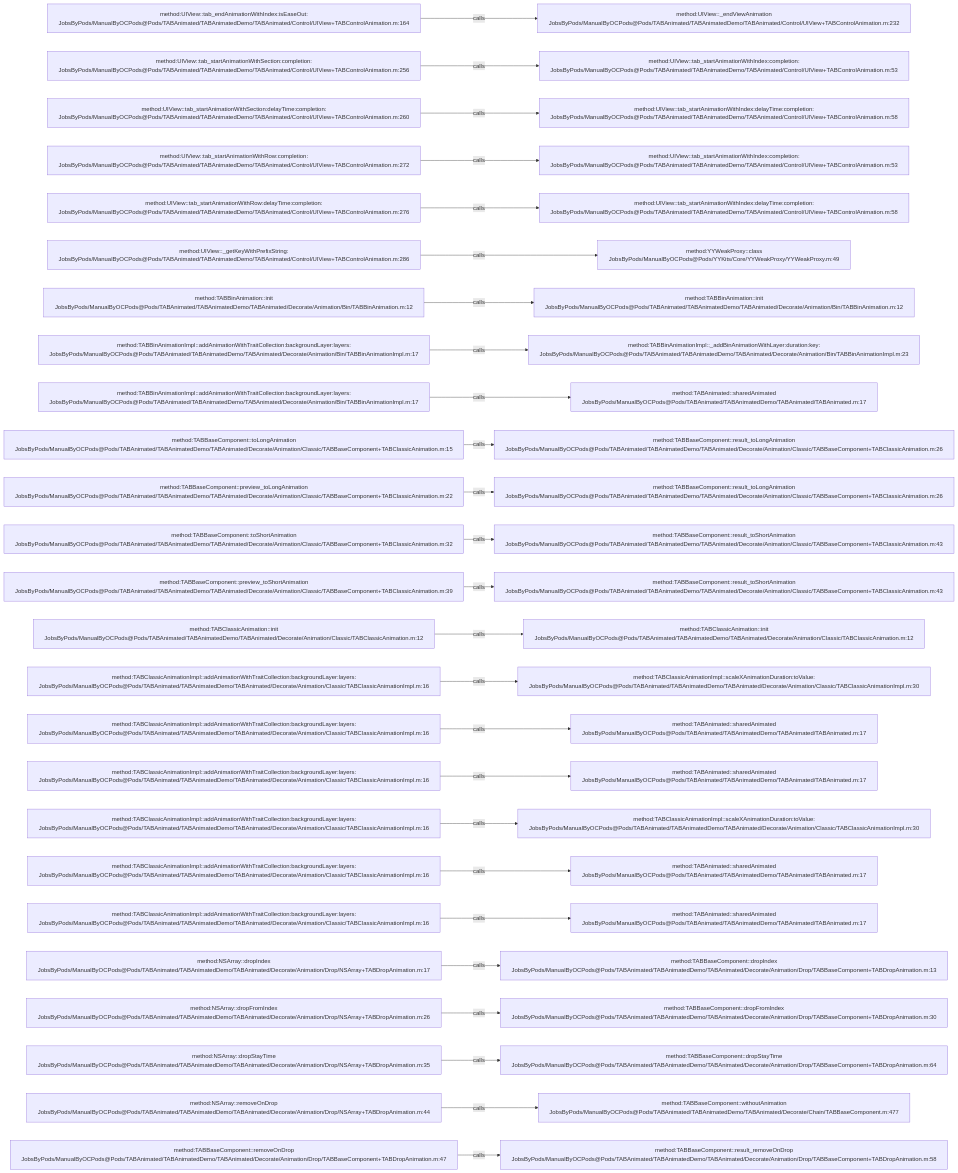
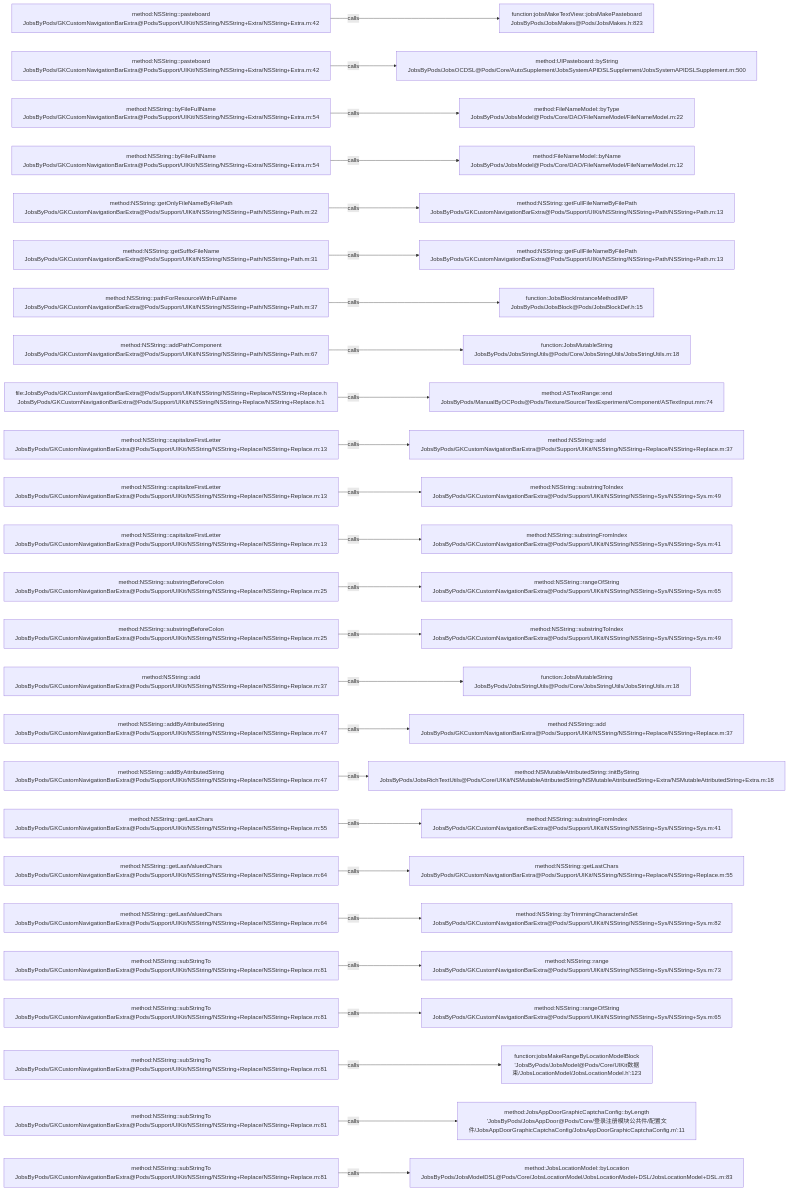
Before and after one commit to JobsKits/JobsOCBaseConfigDemo: the diagram in .codegraph/codegraph.md/graphs/calls-017.md, drawn with Mermaid. The commit also changed 768 other files, not shown here.

````diff
--- a/.codegraph/codegraph.md/graphs/calls-017.md
+++ b/.codegraph/codegraph.md/graphs/calls-017.md
@@ -13,78 +13,78 @@
 ```mermaid
 flowchart LR
-  S1["method:UIView::tab_endAnimationWithIndex:isEaseOut:<br/>JobsByPods/ManualByOCPods@Pods/TABAnimated/TABAnimatedDemo/TABAnimated/Control/UIView+TABControlAnimation.m:164"]
-  T1["method:UIView::_endViewAnimation<br/>JobsByPods/ManualByOCPods@Pods/TABAnimated/TABAnimatedDemo/TABAnimated/Control/UIView+TABControlAnimation.m:232"]
+  S1["method:NSString::pasteboard<br/>JobsByPods/GKCustomNavigationBarExtra@Pods/Support/UIKit/NSString/NSString+Extra/NSString+Extra.m:42"]
+  T1["function:jobsMakeTextView::jobsMakePasteboard<br/>JobsByPods/JobsMakes@Pods/JobsMakes.h:823"]
   S1 -->|calls| T1
-  S2["method:UIView::tab_startAnimationWithSection:completion:<br/>JobsByPods/ManualByOCPods@Pods/TABAnimated/TABAnimatedDemo/TABAnimated/Control/UIView+TABControlAnimation.m:256"]
-  T2["method:UIView::tab_startAnimationWithIndex:completion:<br/>JobsByPods/ManualByOCPods@Pods/TABAnimated/TABAnimatedDemo/TABAnimated/Control/UIView+TABControlAnimation.m:53"]
+  S2["method:NSString::pasteboard<br/>JobsByPods/GKCustomNavigationBarExtra@Pods/Support/UIKit/NSString/NSString+Extra/NSString+Extra.m:42"]
+  T2["method:UIPasteboard::byString<br/>JobsByPods/JobsOCDSL@Pods/Core/AutoSupplement/JobsSystemAPIDSLSupplement/JobsSystemAPIDSLSupplement.m:500"]
   S2 -->|calls| T2
-  S3["method:UIView::tab_startAnimationWithSection:delayTime:completion:<br/>JobsByPods/ManualByOCPods@Pods/TABAnimated/TABAnimatedDemo/TABAnimated/Control/UIView+TABControlAnimation.m:260"]
-  T3["method:UIView::tab_startAnimationWithIndex:delayTime:completion:<br/>JobsByPods/ManualByOCPods@Pods/TABAnimated/TABAnimatedDemo/TABAnimated/Control/UIView+TABControlAnimation.m:58"]
+  S3["method:NSString::byFileFullName<br/>JobsByPods/GKCustomNavigationBarExtra@Pods/Support/UIKit/NSString/NSString+Extra/NSString+Extra.m:54"]
+  T3["method:FileNameModel::byType<br/>JobsByPods/JobsModel@Pods/Core/DAO/FileNameModel/FileNameModel.m:22"]
   S3 -->|calls| T3
-  S4["method:UIView::tab_startAnimationWithRow:completion:<br/>JobsByPods/ManualByOCPods@Pods/TABAnimated/TABAnimatedDemo/TABAnimated/Control/UIView+TABControlAnimation.m:272"]
-  T4["method:UIView::tab_startAnimationWithIndex:completion:<br/>JobsByPods/ManualByOCPods@Pods/TABAnimated/TABAnimatedDemo/TABAnimated/Control/UIView+TABControlAnimation.m:53"]
+  S4["method:NSString::byFileFullName<br/>JobsByPods/GKCustomNavigationBarExtra@Pods/Support/UIKit/NSString/NSString+Extra/NSString+Extra.m:54"]
+  T4["method:FileNameModel::byName<br/>JobsByPods/JobsModel@Pods/Core/DAO/FileNameModel/FileNameModel.m:12"]
   S4 -->|calls| T4
-  S5["method:UIView::tab_startAnimationWithRow:delayTime:completion:<br/>JobsByPods/ManualByOCPods@Pods/TABAnimated/TABAnimatedDemo/TABAnimated/Control/UIView+TABControlAnimation.m:276"]
-  T5["method:UIView::tab_startAnimationWithIndex:delayTime:completion:<br/>JobsByPods/ManualByOCPods@Pods/TABAnimated/TABAnimatedDemo/TABAnimated/Control/UIView+TABControlAnimation.m:58"]
+  S5["method:NSString::getOnlyFileNameByFilePath<br/>JobsByPods/GKCustomNavigationBarExtra@Pods/Support/UIKit/NSString/NSString+Path/NSString+Path.m:22"]
+  T5["method:NSString::getFullFileNameByFilePath<br/>JobsByPods/GKCustomNavigationBarExtra@Pods/Support/UIKit/NSString/NSString+Path/NSString+Path.m:13"]
   S5 -->|calls| T5
-  S6["method:UIView::_getKeyWithPrefixString:<br/>JobsByPods/ManualByOCPods@Pods/TABAnimated/TABAnimatedDemo/TABAnimated/Control/UIView+TABControlAnimation.m:286"]
-  T6["method:YYWeakProxy::class<br/>JobsByPods/ManualByOCPods@Pods/YYKits/Core/YYWeakProxy/YYWeakProxy.m:49"]
+  S6["method:NSString::getSuffixFileName<br/>JobsByPods/GKCustomNavigationBarExtra@Pods/Support/UIKit/NSString/NSString+Path/NSString+Path.m:31"]
+  T6["method:NSString::getFullFileNameByFilePath<br/>JobsByPods/GKCustomNavigationBarExtra@Pods/Support/UIKit/NSString/NSString+Path/NSString+Path.m:13"]
   S6 -->|calls| T6
-  S7["method:TABBinAnimation::init<br/>JobsByPods/ManualByOCPods@Pods/TABAnimated/TABAnimatedDemo/TABAnimated/Decorate/Animation/Bin/TABBinAnimation.m:12"]
-  T7["method:TABBinAnimation::init<br/>JobsByPods/ManualByOCPods@Pods/TABAnimated/TABAnimatedDemo/TABAnimated/Decorate/Animation/Bin/TABBinAnimation.m:12"]
+  S7["method:NSString::pathForResourceWithFullName<br/>JobsByPods/GKCustomNavigationBarExtra@Pods/Support/UIKit/NSString/NSString+Path/NSString+Path.m:37"]
+  T7["function:JobsBlockInstanceMethodIMP<br/>JobsByPods/JobsBlock@Pods/JobsBlockDef.h:15"]
   S7 -->|calls| T7
-  S8["method:TABBinAnimationImpl::addAnimationWithTraitCollection:backgroundLayer:layers:<br/>JobsByPods/ManualByOCPods@Pods/TABAnimated/TABAnimatedDemo/TABAnimated/Decorate/Animation/Bin/TABBinAnimationImpl.m:17"]
-  T8["method:TABBinAnimationImpl::_addBinAnimationWithLayer:duration:key:<br/>JobsByPods/ManualByOCPods@Pods/TABAnimated/TABAnimatedDemo/TABAnimated/Decorate/Animation/Bin/TABBinAnimationImpl.m:23"]
+  S8["method:NSString::addPathComponent<br/>JobsByPods/GKCustomNavigationBarExtra@Pods/Support/UIKit/NSString/NSString+Path/NSString+Path.m:67"]
+  T8["function:JobsMutableString<br/>JobsByPods/JobsStringUtils@Pods/Core/JobsStringUtils/JobsStringUtils.m:18"]
   S8 -->|calls| T8
-  S9["method:TABBinAnimationImpl::addAnimationWithTraitCollection:backgroundLayer:layers:<br/>JobsByPods/ManualByOCPods@Pods/TABAnimated/TABAnimatedDemo/TABAnimated/Decorate/Animation/Bin/TABBinAnimationImpl.m:17"]
-  T9["method:TABAnimated::sharedAnimated<br/>JobsByPods/ManualByOCPods@Pods/TABAnimated/TABAnimatedDemo/TABAnimated/TABAnimated.m:17"]
+  S9["file:JobsByPods/GKCustomNavigationBarExtra@Pods/Support/UIKit/NSString/NSString+Replace/NSString+Replace.h<br/>JobsByPods/GKCustomNavigationBarExtra@Pods/Support/UIKit/NSString/NSString+Replace/NSString+Replace.h:1"]
+  T9["method:ASTextRange::end<br/>JobsByPods/ManualByOCPods@Pods/Texture/Source/TextExperiment/Component/ASTextInput.mm:74"]
   S9 -->|calls| T9
-  S10["method:TABBaseComponent::toLongAnimation<br/>JobsByPods/ManualByOCPods@Pods/TABAnimated/TABAnimatedDemo/TABAnimated/Decorate/Animation/Classic/TABBaseComponent+TABClassicAnimation.m:15"]
-  T10["method:TABBaseComponent::result_toLongAnimation<br/>JobsByPods/ManualByOCPods@Pods/TABAnimated/TABAnimatedDemo/TABAnimated/Decorate/Animation/Classic/TABBaseComponent+TABClassicAnimation.m:26"]
+  S10["method:NSString::capitalizeFirstLetter<br/>JobsByPods/GKCustomNavigationBarExtra@Pods/Support/UIKit/NSString/NSString+Replace/NSString+Replace.m:13"]
+  T10["method:NSString::add<br/>JobsByPods/GKCustomNavigationBarExtra@Pods/Support/UIKit/NSString/NSString+Replace/NSString+Replace.m:37"]
   S10 -->|calls| T10
-  S11["method:TABBaseComponent::preview_toLongAnimation<br/>JobsByPods/ManualByOCPods@Pods/TABAnimated/TABAnimatedDemo/TABAnimated/Decorate/Animation/Classic/TABBaseComponent+TABClassicAnimation.m:22"]
-  T11["method:TABBaseComponent::result_toLongAnimation<br/>JobsByPods/ManualByOCPods@Pods/TABAnimated/TABAnimatedDemo/TABAnimated/Decorate/Animation/Classic/TABBaseComponent+TABClassicAnimation.m:26"]
+  S11["method:NSString::capitalizeFirstLetter<br/>JobsByPods/GKCustomNavigationBarExtra@Pods/Support/UIKit/NSString/NSString+Replace/NSString+Replace.m:13"]
+  T11["method:NSString::substringToIndex<br/>JobsByPods/GKCustomNavigationBarExtra@Pods/Support/UIKit/NSString/NSString+Sys/NSString+Sys.m:49"]
   S11 -->|calls| T11
-  S12["method:TABBaseComponent::toShortAnimation<br/>JobsByPods/ManualByOCPods@Pods/TABAnimated/TABAnimatedDemo/TABAnimated/Decorate/Animation/Classic/TABBaseComponent+TABClassicAnimation.m:32"]
-  T12["method:TABBaseComponent::result_toShortAnimation<br/>JobsByPods/ManualByOCPods@Pods/TABAnimated/TABAnimatedDemo/TABAnimated/Decorate/Animation/Classic/TABBaseComponent+TABClassicAnimation.m:43"]
+  S12["method:NSString::capitalizeFirstLetter<br/>JobsByPods/GKCustomNavigationBarExtra@Pods/Support/UIKit/NSString/NSString+Replace/NSString+Replace.m:13"]
+  T12["method:NSString::substringFromIndex<br/>JobsByPods/GKCustomNavigationBarExtra@Pods/Support/UIKit/NSString/NSString+Sys/NSString+Sys.m:41"]
   S12 -->|calls| T12
-  S13["method:TABBaseComponent::preview_toShortAnimation<br/>JobsByPods/ManualByOCPods@Pods/TABAnimated/TABAnimatedDemo/TABAnimated/Decorate/Animation/Classic/TABBaseComponent+TABClassicAnimation.m:39"]
-  T13["method:TABBaseComponent::result_toShortAnimation<br/>JobsByPods/ManualByOCPods@Pods/TABAnimated/TABAnimatedDemo/TABAnimated/Decorate/Animation/Classic/TABBaseComponent+TABClassicAnimation.m:43"]
+  S13["method:NSString::substringBeforeColon<br/>JobsByPods/GKCustomNavigationBarExtra@Pods/Support/UIKit/NSString/NSString+Replace/NSString+Replace.m:25"]
+  T13["method:NSString::rangeOfString<br/>JobsByPods/GKCustomNavigationBarExtra@Pods/Support/UIKit/NSString/NSString+Sys/NSString+Sys.m:65"]
   S13 -->|calls| T13
-  S14["method:TABClassicAnimation::init<br/>JobsByPods/ManualByOCPods@Pods/TABAnimated/TABAnimatedDemo/TABAnimated/Decorate/Animation/Classic/TABClassicAnimation.m:12"]
-  T14["method:TABClassicAnimation::init<br/>JobsByPods/ManualByOCPods@Pods/TABAnimated/TABAnimatedDemo/TABAnimated/Decorate/Animation/Classic/TABClassicAnimation.m:12"]
+  S14["method:NSString::substringBeforeColon<br/>JobsByPods/GKCustomNavigationBarExtra@Pods/Support/UIKit/NSString/NSString+Replace/NSString+Replace.m:25"]
+  T14["method:NSString::substringToIndex<br/>JobsByPods/GKCustomNavigationBarExtra@Pods/Support/UIKit/NSString/NSString+Sys/NSString+Sys.m:49"]
   S14 -->|calls| T14
-  S15["method:TABClassicAnimationImpl::addAnimationWithTraitCollection:backgroundLayer:layers:<br/>JobsByPods/ManualByOCPods@Pods/TABAnimated/TABAnimatedDemo/TABAnimated/Decorate/Animation/Classic/TABClassicAnimationImpl.m:16"]
-  T15["method:TABClassicAnimationImpl::scaleXAnimationDuration:toValue:<br/>JobsByPods/ManualByOCPods@Pods/TABAnimated/TABAnimatedDemo/TABAnimated/Decorate/Animation/Classic/TABClassicAnimationImpl.m:30"]
+  S15["method:NSString::add<br/>JobsByPods/GKCustomNavigationBarExtra@Pods/Support/UIKit/NSString/NSString+Replace/NSString+Replace.m:37"]
+  T15["function:JobsMutableString<br/>JobsByPods/JobsStringUtils@Pods/Core/JobsStringUtils/JobsStringUtils.m:18"]
   S15 -->|calls| T15
-  S16["method:TABClassicAnimationImpl::addAnimationWithTraitCollection:backgroundLayer:layers:<br/>JobsByPods/ManualByOCPods@Pods/TABAnimated/TABAnimatedDemo/TABAnimated/Decorate/Animation/Classic/TABClassicAnimationImpl.m:16"]
-  T16["method:TABAnimated::sharedAnimated<br/>JobsByPods/ManualByOCPods@Pods/TABAnimated/TABAnimatedDemo/TABAnimated/TABAnimated.m:17"]
+  S16["method:NSString::addByAttributedString<br/>JobsByPods/GKCustomNavigationBarExtra@Pods/Support/UIKit/NSString/NSString+Replace/NSString+Replace.m:47"]
+  T16["method:NSString::add<br/>JobsByPods/GKCustomNavigationBarExtra@Pods/Support/UIKit/NSString/NSString+Replace/NSString+Replace.m:37"]
   S16 -->|calls| T16
-  S17["method:TABClassicAnimationImpl::addAnimationWithTraitCollection:backgroundLayer:layers:<br/>JobsByPods/ManualByOCPods@Pods/TABAnimated/TABAnimatedDemo/TABAnimated/Decorate/Animation/Classic/TABClassicAnimationImpl.m:16"]
-  T17["method:TABAnimated::sharedAnimated<br/>JobsByPods/ManualByOCPods@Pods/TABAnimated/TABAnimatedDemo/TABAnimated/TABAnimated.m:17"]
+  S17["method:NSString::addByAttributedString<br/>JobsByPods/GKCustomNavigationBarExtra@Pods/Support/UIKit/NSString/NSString+Replace/NSString+Replace.m:47"]
+  T17["method:NSMutableAttributedString::initByString<br/>JobsByPods/JobsRichTextUtils@Pods/Core/UIKit/NSMutableAttributedString/NSMutableAttributedString+Extra/NSMutableAttributedString+Extra.m:18"]
   S17 -->|calls| T17
-  S18["method:TABClassicAnimationImpl::addAnimationWithTraitCollection:backgroundLayer:layers:<br/>JobsByPods/ManualByOCPods@Pods/TABAnimated/TABAnimatedDemo/TABAnimated/Decorate/Animation/Classic/TABClassicAnimationImpl.m:16"]
-  T18["method:TABClassicAnimationImpl::scaleXAnimationDuration:toValue:<br/>JobsByPods/ManualByOCPods@Pods/TABAnimated/TABAnimatedDemo/TABAnimated/Decorate/Animation/Classic/TABClassicAnimationImpl.m:30"]
+  S18["method:NSString::getLastChars<br/>JobsByPods/GKCustomNavigationBarExtra@Pods/Support/UIKit/NSString/NSString+Replace/NSString+Replace.m:55"]
+  T18["method:NSString::substringFromIndex<br/>JobsByPods/GKCustomNavigationBarExtra@Pods/Support/UIKit/NSString/NSString+Sys/NSString+Sys.m:41"]
   S18 -->|calls| T18
-  S19["method:TABClassicAnimationImpl::addAnimationWithTraitCollection:backgroundLayer:layers:<br/>JobsByPods/ManualByOCPods@Pods/TABAnimated/TABAnimatedDemo/TABAnimated/Decorate/Animation/Classic/TABClassicAnimationImpl.m:16"]
-  T19["method:TABAnimated::sharedAnimated<br/>JobsByPods/ManualByOCPods@Pods/TABAnimated/TABAnimatedDemo/TABAnimated/TABAnimated.m:17"]
+  S19["method:NSString::getLastValuedChars<br/>JobsByPods/GKCustomNavigationBarExtra@Pods/Support/UIKit/NSString/NSString+Replace/NSString+Replace.m:64"]
+  T19["method:NSString::getLastChars<br/>JobsByPods/GKCustomNavigationBarExtra@Pods/Support/UIKit/NSString/NSString+Replace/NSString+Replace.m:55"]
   S19 -->|calls| T19
-  S20["method:TABClassicAnimationImpl::addAnimationWithTraitCollection:backgroundLayer:layers:<br/>JobsByPods/ManualByOCPods@Pods/TABAnimated/TABAnimatedDemo/TABAnimated/Decorate/Animation/Classic/TABClassicAnimationImpl.m:16"]
-  T20["method:TABAnimated::sharedAnimated<br/>JobsByPods/ManualByOCPods@Pods/TABAnimated/TABAnimatedDemo/TABAnimated/TABAnimated.m:17"]
+  S20["method:NSString::getLastValuedChars<br/>JobsByPods/GKCustomNavigationBarExtra@Pods/Support/UIKit/NSString/NSString+Replace/NSString+Replace.m:64"]
+  T20["method:NSString::byTrimmingCharactersInSet<br/>JobsByPods/GKCustomNavigationBarExtra@Pods/Support/UIKit/NSString/NSString+Sys/NSString+Sys.m:82"]
   S20 -->|calls| T20
-  S21["method:NSArray::dropIndex<br/>JobsByPods/ManualByOCPods@Pods/TABAnimated/TABAnimatedDemo/TABAnimated/Decorate/Animation/Drop/NSArray+TABDropAnimation.m:17"]
-  T21["method:TABBaseComponent::dropIndex<br/>JobsByPods/ManualByOCPods@Pods/TABAnimated/TABAnimatedDemo/TABAnimated/Decorate/Animation/Drop/TABBaseComponent+TABDropAnimation.m:13"]
+  S21["method:NSString::subStringTo<br/>JobsByPods/GKCustomNavigationBarExtra@Pods/Support/UIKit/NSString/NSString+Replace/NSString+Replace.m:81"]
+  T21["method:NSString::range<br/>JobsByPods/GKCustomNavigationBarExtra@Pods/Support/UIKit/NSString/NSString+Sys/NSString+Sys.m:73"]
   S21 -->|calls| T21
-  S22["method:NSArray::dropFromIndex<br/>JobsByPods/ManualByOCPods@Pods/TABAnimated/TABAnimatedDemo/TABAnimated/Decorate/Animation/Drop/NSArray+TABDropAnimation.m:26"]
-  T22["method:TABBaseComponent::dropFromIndex<br/>JobsByPods/ManualByOCPods@Pods/TABAnimated/TABAnimatedDemo/TABAnimated/Decorate/Animation/Drop/TABBaseComponent+TABDropAnimation.m:30"]
+  S22["method:NSString::subStringTo<br/>JobsByPods/GKCustomNavigationBarExtra@Pods/Support/UIKit/NSString/NSString+Replace/NSString+Replace.m:81"]
+  T22["method:NSString::rangeOfString<br/>JobsByPods/GKCustomNavigationBarExtra@Pods/Support/UIKit/NSString/NSString+Sys/NSString+Sys.m:65"]
   S22 -->|calls| T22
-  S23["method:NSArray::dropStayTime<br/>JobsByPods/ManualByOCPods@Pods/TABAnimated/TABAnimatedDemo/TABAnimated/Decorate/Animation/Drop/NSArray+TABDropAnimation.m:35"]
-  T23["method:TABBaseComponent::dropStayTime<br/>JobsByPods/ManualByOCPods@Pods/TABAnimated/TABAnimatedDemo/TABAnimated/Decorate/Animation/Drop/TABBaseComponent+TABDropAnimation.m:64"]
+  S23["method:NSString::subStringTo<br/>JobsByPods/GKCustomNavigationBarExtra@Pods/Support/UIKit/NSString/NSString+Replace/NSString+Replace.m:81"]
+  T23["function:jobsMakeRangeByLocationModelBlock<br/>'JobsByPods/JobsModel@Pods/Core/UIKit数据束/JobsLocationModel/JobsLocationModel.h':123"]
   S23 -->|calls| T23
-  S24["method:NSArray::removeOnDrop<br/>JobsByPods/ManualByOCPods@Pods/TABAnimated/TABAnimatedDemo/TABAnimated/Decorate/Animation/Drop/NSArray+TABDropAnimation.m:44"]
-  T24["method:TABBaseComponent::withoutAnimation<br/>JobsByPods/ManualByOCPods@Pods/TABAnimated/TABAnimatedDemo/TABAnimated/Decorate/Chain/TABBaseComponent.m:477"]
+  S24["method:NSString::subStringTo<br/>JobsByPods/GKCustomNavigationBarExtra@Pods/Support/UIKit/NSString/NSString+Replace/NSString+Replace.m:81"]
+  T24["method:JobsAppDoorGraphicCaptchaConfig::byLength<br/>'JobsByPods/JobsAppDoor@Pods/Core/登录注册模块公共件/配置文件/JobsAppDoorGraphicCaptchaConfig/JobsAppDoorGraphicCaptchaConfig.m':11"]
   S24 -->|calls| T24
-  S25["method:TABBaseComponent::removeOnDrop<br/>JobsByPods/ManualByOCPods@Pods/TABAnimated/TABAnimatedDemo/TABAnimated/Decorate/Animation/Drop/TABBaseComponent+TABDropAnimation.m:47"]
-  T25["method:TABBaseComponent::result_removeOnDrop<br/>JobsByPods/ManualByOCPods@Pods/TABAnimated/TABAnimatedDemo/TABAnimated/Decorate/Animation/Drop/TABBaseComponent+TABDropAnimation.m:58"]
+  S25["method:NSString::subStringTo<br/>JobsByPods/GKCustomNavigationBarExtra@Pods/Support/UIKit/NSString/NSString+Replace/NSString+Replace.m:81"]
+  T25["method:JobsLocationModel::byLocation<br/>JobsByPods/JobsModelDSL@Pods/Core/JobsLocationModel/JobsLocationModel+DSL/JobsLocationModel+DSL.m:83"]
   S25 -->|calls| T25
 ```
````
